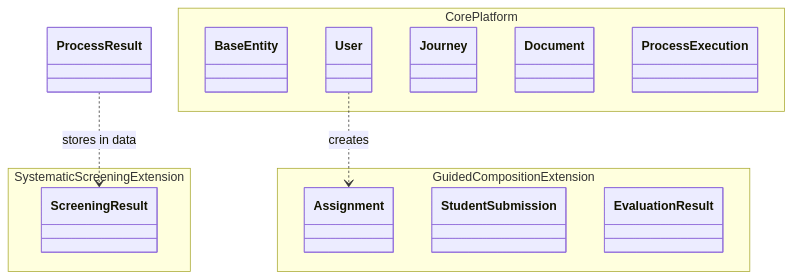
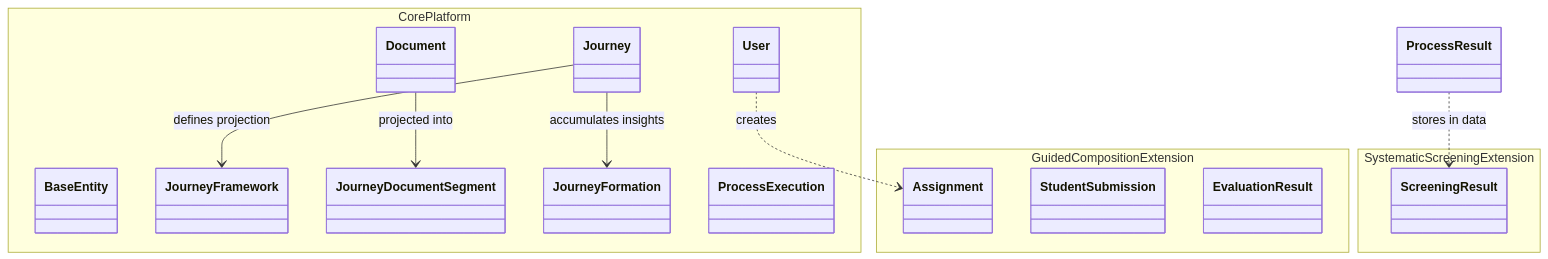
The first of 6 diagrams in docs/CLASS-MODEL.md (ZipThought/veritheia), drawn with Mermaid before and after one commit. The commit also changed other lines of this file and 7 other files, not shown here.

````diff
--- a/docs/CLASS-MODEL.md
+++ b/docs/CLASS-MODEL.md
@@ -7,23 +7,29 @@
 ```mermaid
 classDiagram
     namespace CorePlatform {
         class BaseEntity
         class User
         class Journey
+        class JourneyFramework
         class Document
+        class JourneyDocumentSegment
+        class JourneyFormation
         class ProcessExecution
     }
     
     namespace SystematicScreeningExtension {
         class ScreeningResult
     }
     
     namespace GuidedCompositionExtension {
         class Assignment
         class StudentSubmission
         class EvaluationResult
     }
     
+    Journey --> JourneyFramework : defines projection
+    Document --> JourneyDocumentSegment : projected into
+    Journey --> JourneyFormation : accumulates insights
     ProcessResult ..> ScreeningResult : stores in data
     User ..> Assignment : creates
 ```
````
